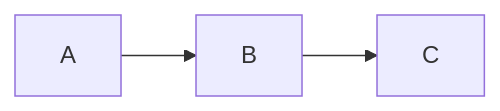
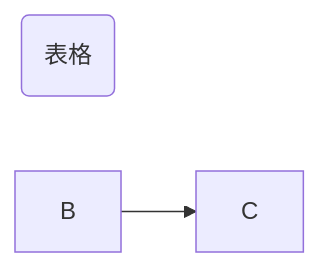
The diagram in all/未命名-1.md (milaLIAN/iodraw-files), drawn with Mermaid before and after one commit.

Commit message:
2024-05-10 17:01:06 update

````diff
--- a/all/未命名-1.md
+++ b/all/未命名-1.md
@@ -1,7 +1,8 @@
 ```mermaid
 flowchart LR
-    A-->B
+    A(表格)
     B-->C
     click A "https://img.gzzhitu.com/jGIJxLMjO.html" _blank
     click B "https://www.github.com" "Open this in a new tab" _blank
+
 ```
````
